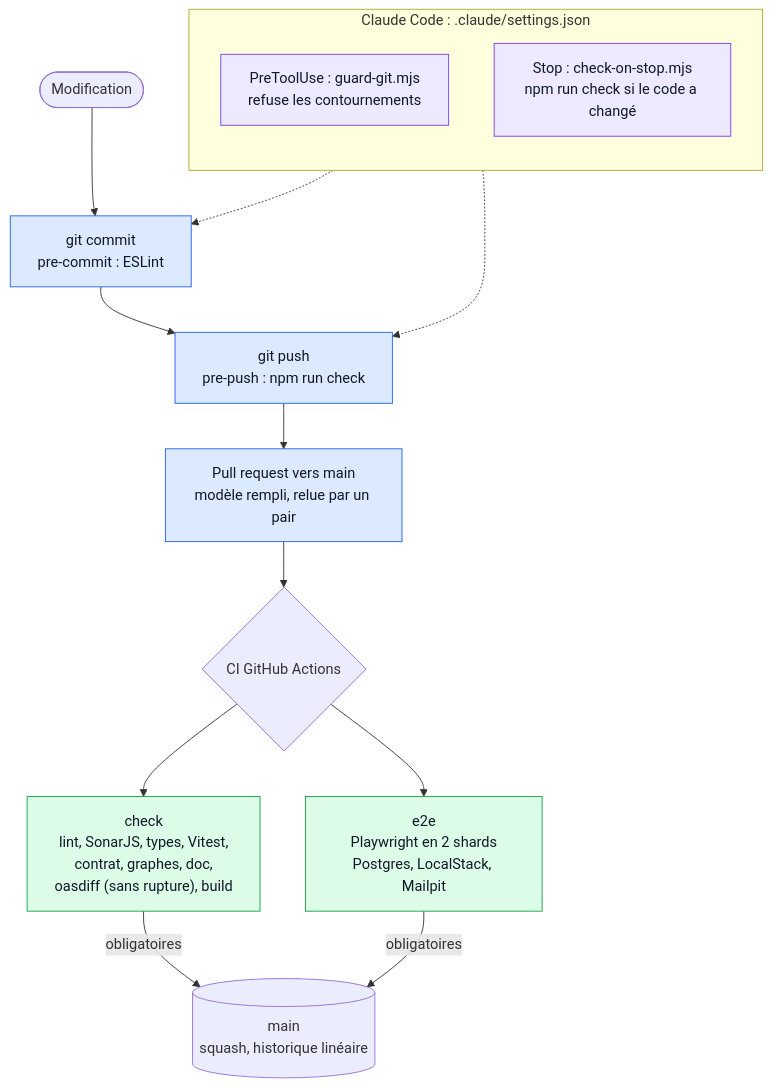
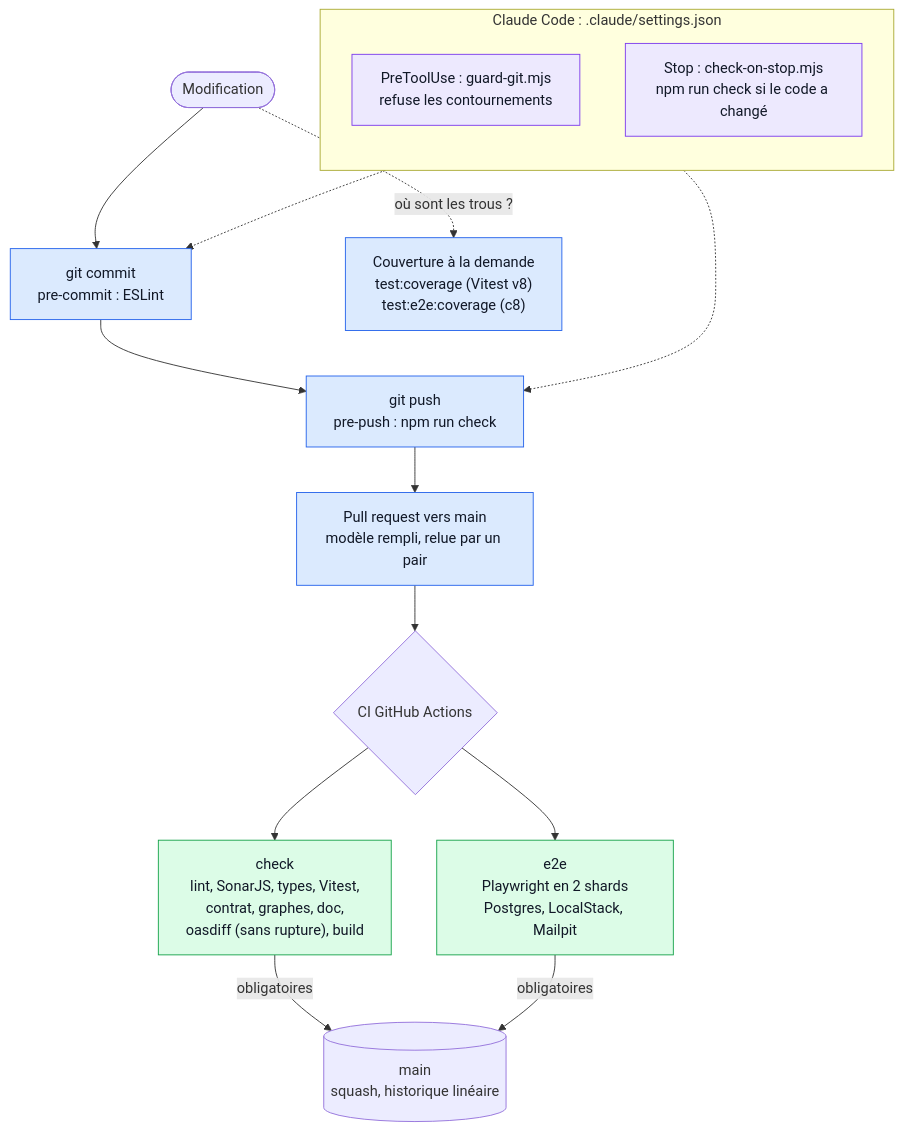
One commit to 2-MORGAN/expense-io changed the diagram in docs/architecture/vues/harnais.mmd. Above: the diagram before and after it, drawn with Mermaid. The commit also changed 7 other files, not shown here.

First line of the commit message:
test: couverture E2E en script Node (Windows compris), doc à jour, délai d'arrêt NaN refusé

```diff
--- a/docs/architecture/vues/harnais.mmd
+++ b/docs/architecture/vues/harnais.mmd
@@ -1,31 +1,33 @@
 flowchart TB
   %% Vue écrite à la main : la modifier ici, npm run generate:architecture la recopie dans docs/index.html.
   %% À tenir à jour avec le code (CLAUDE.md, « Documentation développeur »).
 
   change(["Modification"])
   commit["git commit<br/>pre-commit : ESLint"]
   push["git push<br/>pre-push : npm run check"]
   pr["Pull request vers main<br/>modèle rempli, relue par un pair"]
   ci{"CI GitHub Actions"}
   checkJob["check<br/>lint, SonarJS, types, Vitest,<br/>contrat, graphes, doc,<br/>oasdiff (sans rupture), build"]
   e2eJob["e2e<br/>Playwright en 2 shards<br/>Postgres, LocalStack, Mailpit"]
   mainBranch[("main<br/>squash, historique linéaire")]
+  coverage["Couverture à la demande<br/>test:coverage (Vitest v8)<br/>test:e2e:coverage (c8)"]
 
   subgraph claude["Claude Code : .claude/settings.json"]
     direction TB
     guardHook["PreToolUse : guard-git.mjs<br/>refuse les contournements"]
     stopHook["Stop : check-on-stop.mjs<br/>npm run check si le code a changé"]
   end
 
   change --> commit --> push --> pr --> ci
+  change -.->|"où sont les trous ?"| coverage
   ci --> checkJob & e2eJob
   checkJob & e2eJob -->|"obligatoires"| mainBranch
   guardHook -.-> commit
   stopHook -.-> push
 
   classDef local fill:#dbeafe,stroke:#2563eb,color:#111827
   classDef ciJob fill:#dcfce7,stroke:#16a34a,color:#111827
   classDef hook fill:#ede9fe,stroke:#7c3aed,color:#111827
-  class commit,push,pr local
+  class commit,push,pr,coverage local
   class checkJob,e2eJob ciJob
   class guardHook,stopHook hook
```
